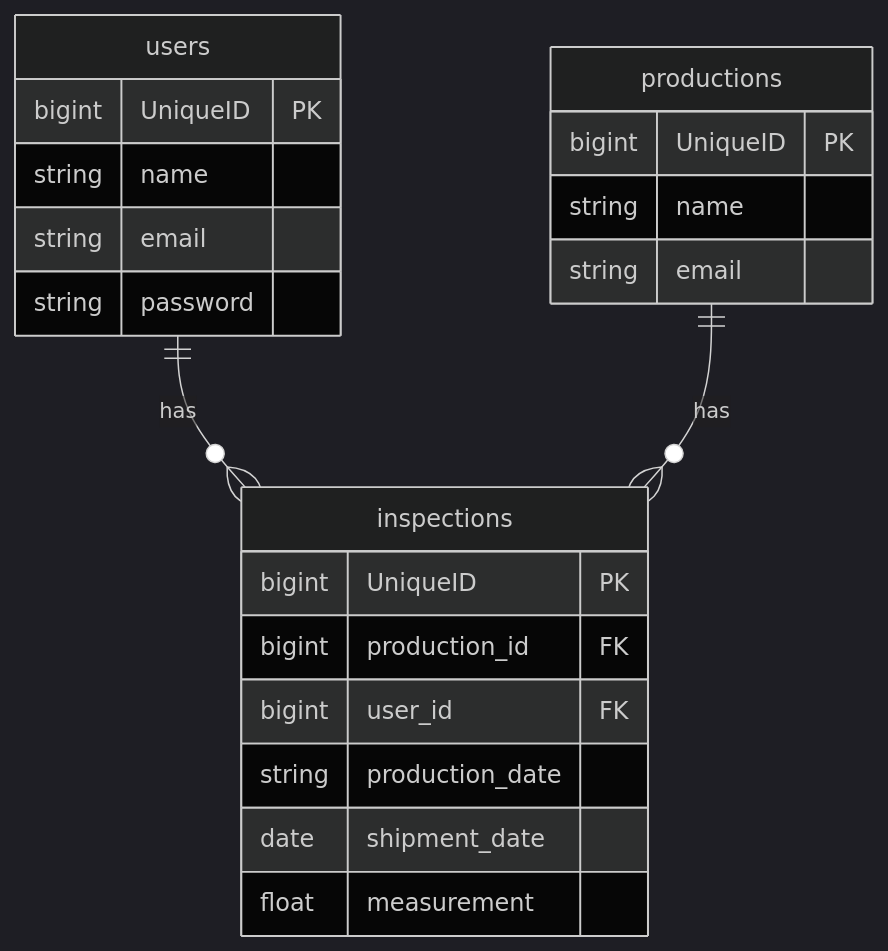
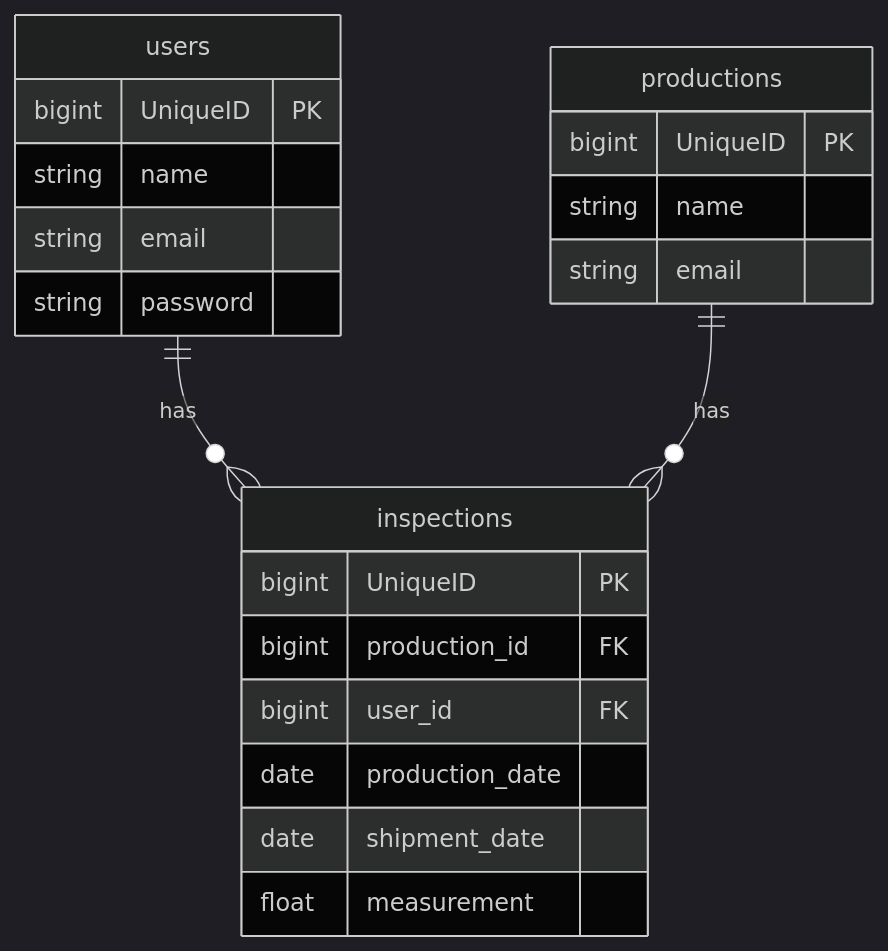
The diagram in README.md (ykymhrt6174/qctool), drawn with Mermaid (dark theme) before and after one commit. The commit also changed other lines of this file, not shown here.

````diff
--- a/README.md
+++ b/README.md
@@ -56,27 +56,27 @@
 ```mermaid
 erDiagram
     users {
         bigint UniqueID PK
         string name
         string email
         string password
     }
 
     productions {
         bigint UniqueID PK
         string name
         string email
     }
 
     inspections {
         bigint UniqueID PK
         bigint production_id FK
         bigint user_id FK
-        string production_date
+        date production_date
         date shipment_date
         float measurement
     }
 
     users ||--o{ inspections : "has"
     productions ||--o{ inspections : "has"
 ```
````
